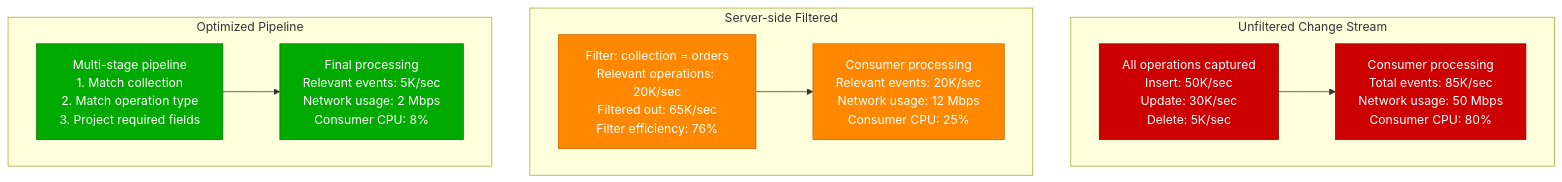
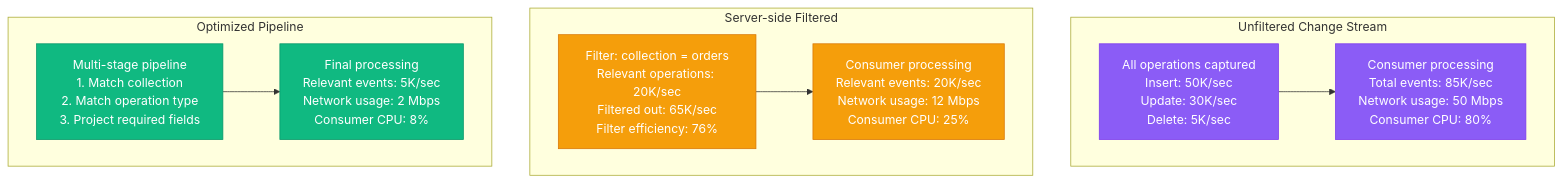
One commit to deepaucksharma/DS changed the ninth of 14 diagrams in site/docs/performance/mongodb-performance-profile.md. Above: the diagram before and after it, drawn with Mermaid. The commit also changed other lines of this file and 303 other files, not shown here.

````diff
--- a/site/docs/performance/mongodb-performance-profile.md
+++ b/site/docs/performance/mongodb-performance-profile.md
@@ -317,34 +317,34 @@
 ```mermaid
 graph TB
     subgraph "Unfiltered Change Stream"
         UF1[All operations captured<br/>Insert: 50K/sec<br/>Update: 30K/sec<br/>Delete: 5K/sec]
 
         UF2[Consumer processing<br/>Total events: 85K/sec<br/>Network usage: 50 Mbps<br/>Consumer CPU: 80%]
 
         UF1 --> UF2
     end
 
     subgraph "Server-side Filtered"
         SF1[Filter: collection = orders<br/>Relevant operations: 20K/sec<br/>Filtered out: 65K/sec<br/>Filter efficiency: 76%]
 
         SF2[Consumer processing<br/>Relevant events: 20K/sec<br/>Network usage: 12 Mbps<br/>Consumer CPU: 25%]
 
         SF1 --> SF2
     end
 
     subgraph "Optimized Pipeline"
         OP1[Multi-stage pipeline<br/>1. Match collection<br/>2. Match operation type<br/>3. Project required fields]
 
         OP2[Final processing<br/>Relevant events: 5K/sec<br/>Network usage: 2 Mbps<br/>Consumer CPU: 8%]
 
         OP1 --> OP2
     end
 
-    classDef unfilteredStyle fill:#CC0000,stroke:#990000,color:#fff
-    classDef filteredStyle fill:#FF8800,stroke:#CC6600,color:#fff
-    classDef optimizedStyle fill:#00AA00,stroke:#007700,color:#fff
+    classDef unfilteredStyle fill:#8B5CF6,stroke:#7C3AED,color:#fff
+    classDef filteredStyle fill:#F59E0B,stroke:#D97706,color:#fff
+    classDef optimizedStyle fill:#10B981,stroke:#059669,color:#fff
 
     class UF1,UF2 unfilteredStyle
     class SF1,SF2 filteredStyle
     class OP1,OP2 optimizedStyle
 ```
````
